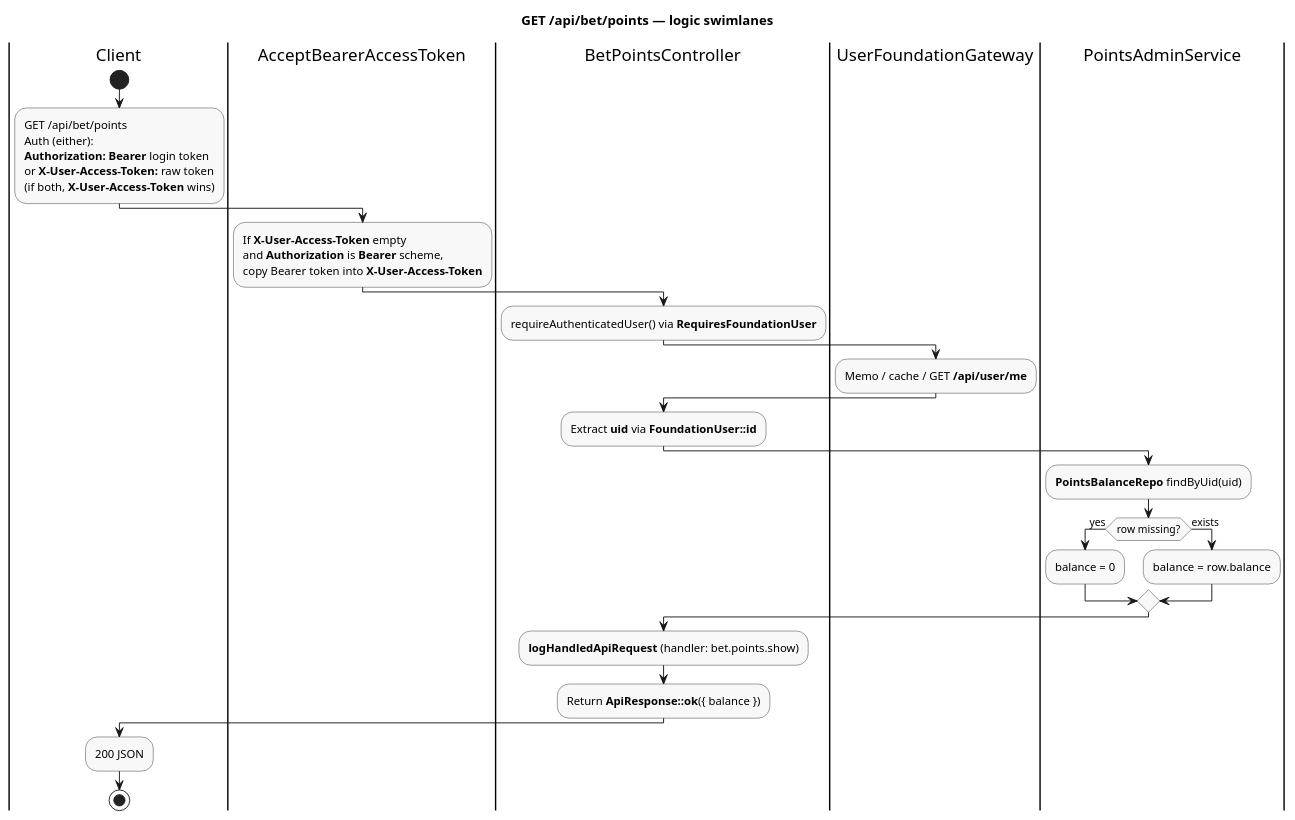
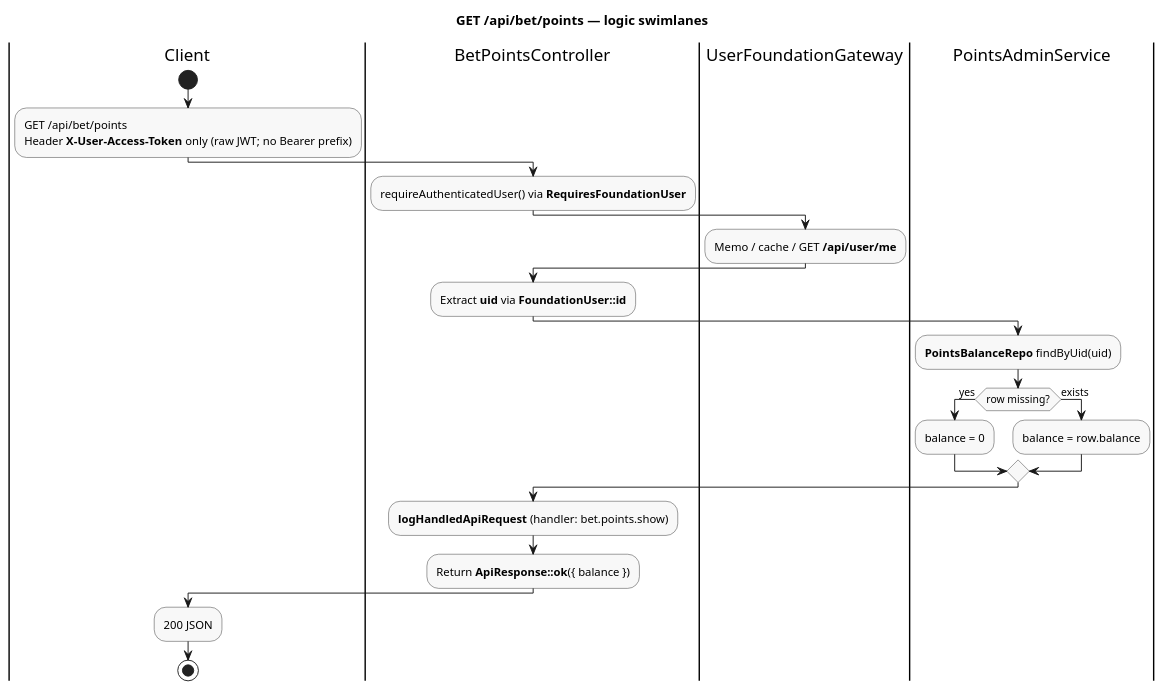
The diagram in docs/design/api-bet-points.puml (zhang1career/bet-agg), drawn with PlantUML before and after one commit. The commit also changed 6 other files, not shown here.

```diff
--- a/docs/design/api-bet-points.puml
+++ b/docs/design/api-bet-points.puml
@@ -1,37 +1,34 @@
 @startuml api-bet-points
 title GET /api/bet/points — logic swimlanes
 
 skinparam ActivityBackgroundColor #F8F8F8
 skinparam ActivityBorderColor #333333
 
 |Client|
 start
-:GET /api/bet/points\nAuth (either):\n**Authorization: Bearer** login token\nor **X-User-Access-Token:** raw token\n(if both, **X-User-Access-Token** wins);
-
-|AcceptBearerAccessToken|
-:If **X-User-Access-Token** empty\nand **Authorization** is **Bearer** scheme,\ncopy Bearer token into **X-User-Access-Token**;
+:GET /api/bet/points\nHeader **X-User-Access-Token** only (raw JWT; no Bearer prefix);
 
 |BetPointsController|
 :requireAuthenticatedUser() via **RequiresFoundationUser**;
 |UserFoundationGateway|
 :Memo / cache / GET **/api/user/me**;
 |BetPointsController|
 :Extract **uid** via **FoundationUser::id**;
 
 |PointsAdminService|
 :**PointsBalanceRepo** findByUid(uid);
 if (row missing?) then (yes)
   :balance = 0;
 else (exists)
   :balance = row.balance;
 endif
 
 |BetPointsController|
 :**logHandledApiRequest** (handler: bet.points.show);
 :Return **ApiResponse::ok**({ balance });
 
 |Client|
 :200 JSON;
 stop
 
 @enduml
```
